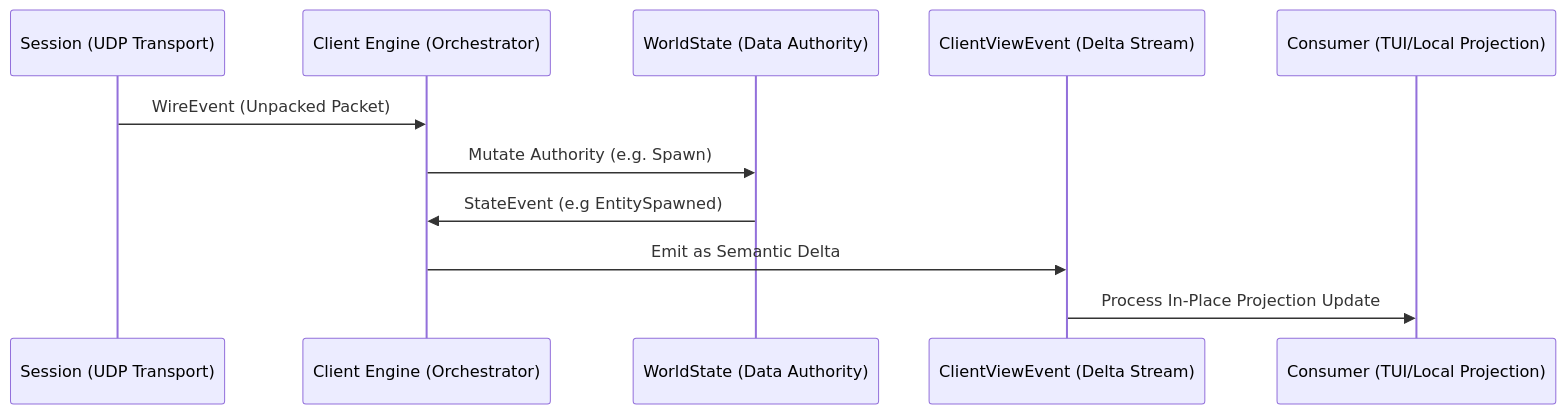
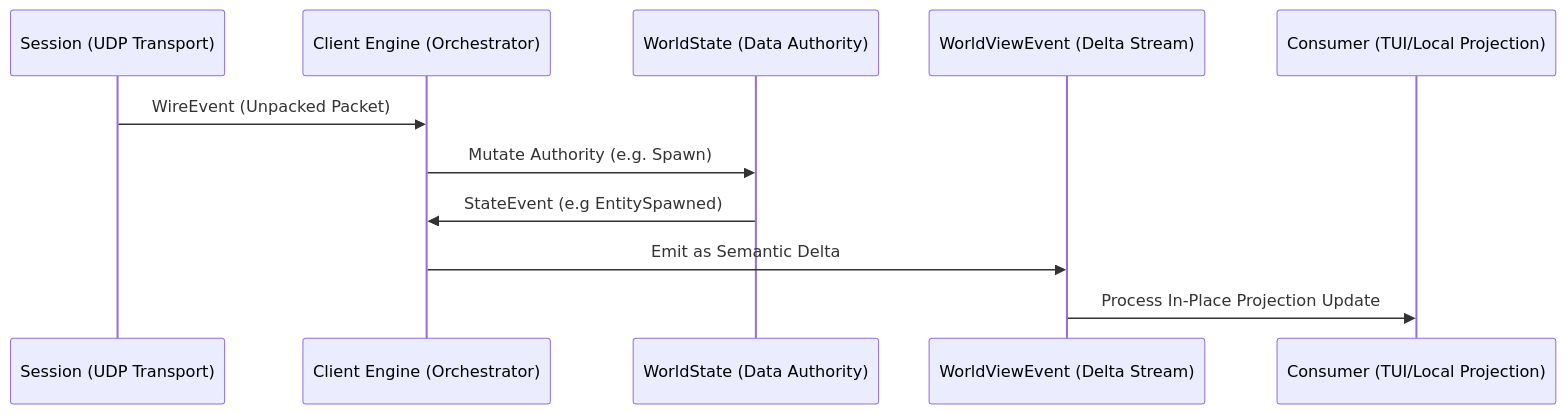
The diagram in crates/holtburger-core/ARCHITECTURE.md (merklejerk/holtburger), drawn with Mermaid before and after one commit. The commit also changed other lines of this file and 10 other files, not shown here.

Commit message:
rename ClientViewEvent -> WorldViewEvent

````diff
--- a/crates/holtburger-core/ARCHITECTURE.md
+++ b/crates/holtburger-core/ARCHITECTURE.md
@@ -37,14 +37,14 @@
 ```mermaid
 sequenceDiagram
     participant Net as Session (UDP Transport)
     participant Core as Client Engine (Orchestrator)
     participant World as WorldState (Data Authority)
-    participant View as ClientViewEvent (Delta Stream)
+    participant View as WorldViewEvent (Delta Stream)
     participant UI as Consumer (TUI/Local Projection)
 
     Net->>Core: WireEvent (Unpacked Packet)
     Core->>World: Mutate Authority (e.g. Spawn)
     World->>Core: StateEvent (e.g EntitySpawned)
     Core->>View: Emit as Semantic Delta
     View->>UI: Process In-Place Projection Update
 ```
````
